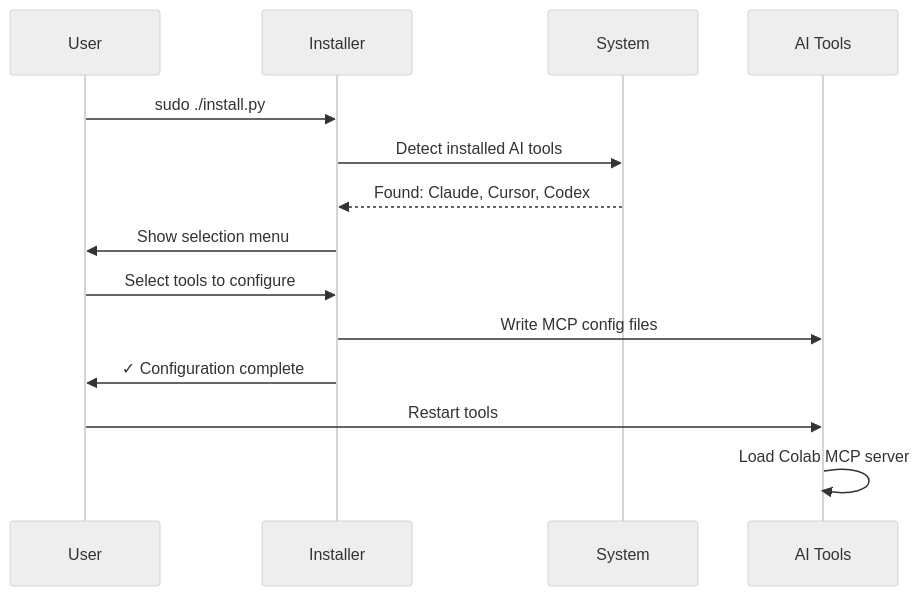
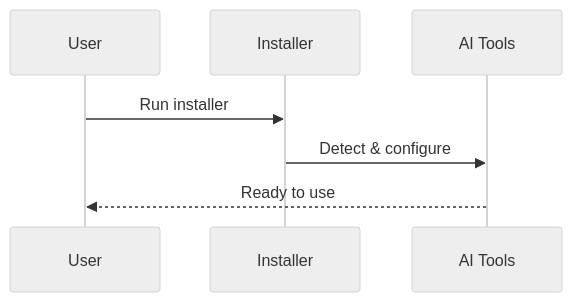
Before and after one commit to covertlabsaus/colab-mcp: the second of 4 diagrams in README.md, drawn with Mermaid (neutral theme). The commit also changed other lines of this file and 1 other file, not shown here.

Commit message:
Simplify Mermaid diagrams with muted colors

````diff
--- a/README.md
+++ b/README.md
@@ -57,17 +49,10 @@
 ```mermaid
 sequenceDiagram
     participant User
     participant Installer
-    participant System
-    participant AITool as AI Tools
+    participant Tools as AI Tools
 
-    User->>Installer: sudo ./install.py
-    Installer->>System: Detect installed AI tools
-    System-->>Installer: Found: Claude, Cursor, Codex
-    Installer->>User: Show selection menu
-    User->>Installer: Select tools to configure
-    Installer->>AITool: Write MCP config files
-    Installer->>User: ✓ Configuration complete
-    User->>AITool: Restart tools
-    AITool->>AITool: Load Colab MCP server
+    User->>Installer: Run installer
+    Installer->>Tools: Detect & configure
+    Tools-->>User: Ready to use
 ```
````
